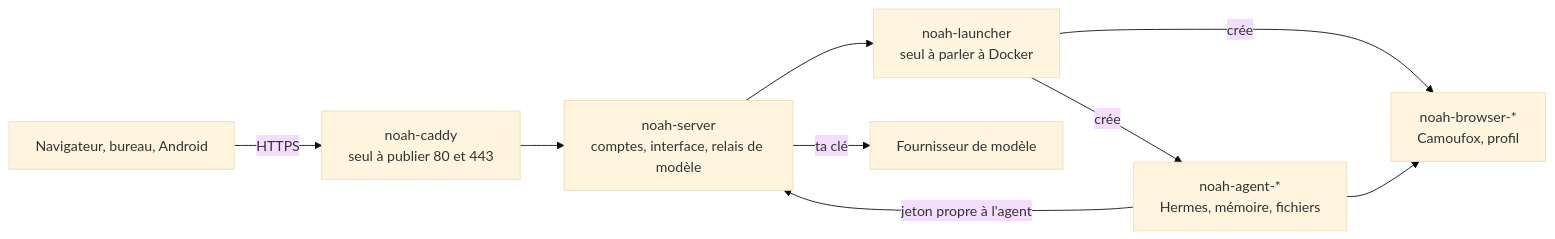
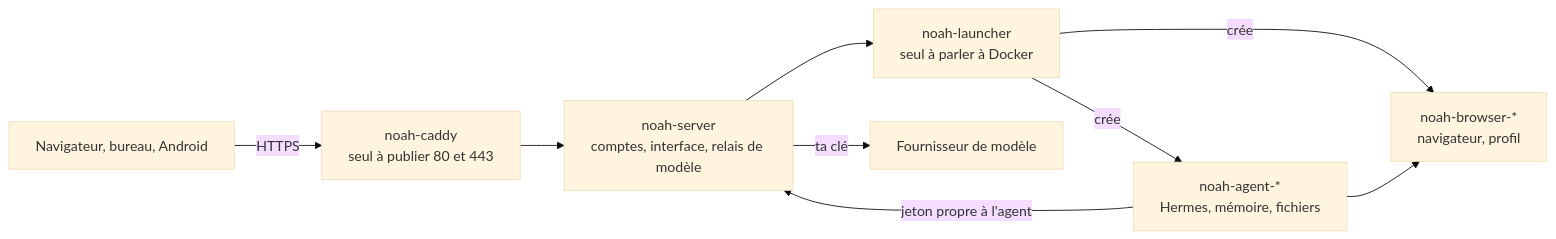
Before and after one commit to smfcoder17/noah-agent: the diagram in README.md, drawn with Mermaid (base theme). The commit also changed other lines of this file and 14 other files, not shown here.

````diff
--- a/README.md
+++ b/README.md
@@ -192,11 +172,11 @@
 ```mermaid
 flowchart LR
     A["Navigateur, bureau, Android"] -->|HTTPS| C["noah-caddy<br>seul à publier 80 et 443"]
     C --> S["noah-server<br>comptes, interface, relais de modèle"]
     S --> L["noah-launcher<br>seul à parler à Docker"]
     L -->|crée| G["noah-agent-*<br>Hermes, mémoire, fichiers"]
-    L -->|crée| B["noah-browser-*<br>Camoufox, profil"]
+    L -->|crée| B["noah-browser-*<br>navigateur, profil"]
     G --> B
     G -->|jeton propre à l'agent| S
     S -->|ta clé| M["Fournisseur de modèle"]
 ```
````
